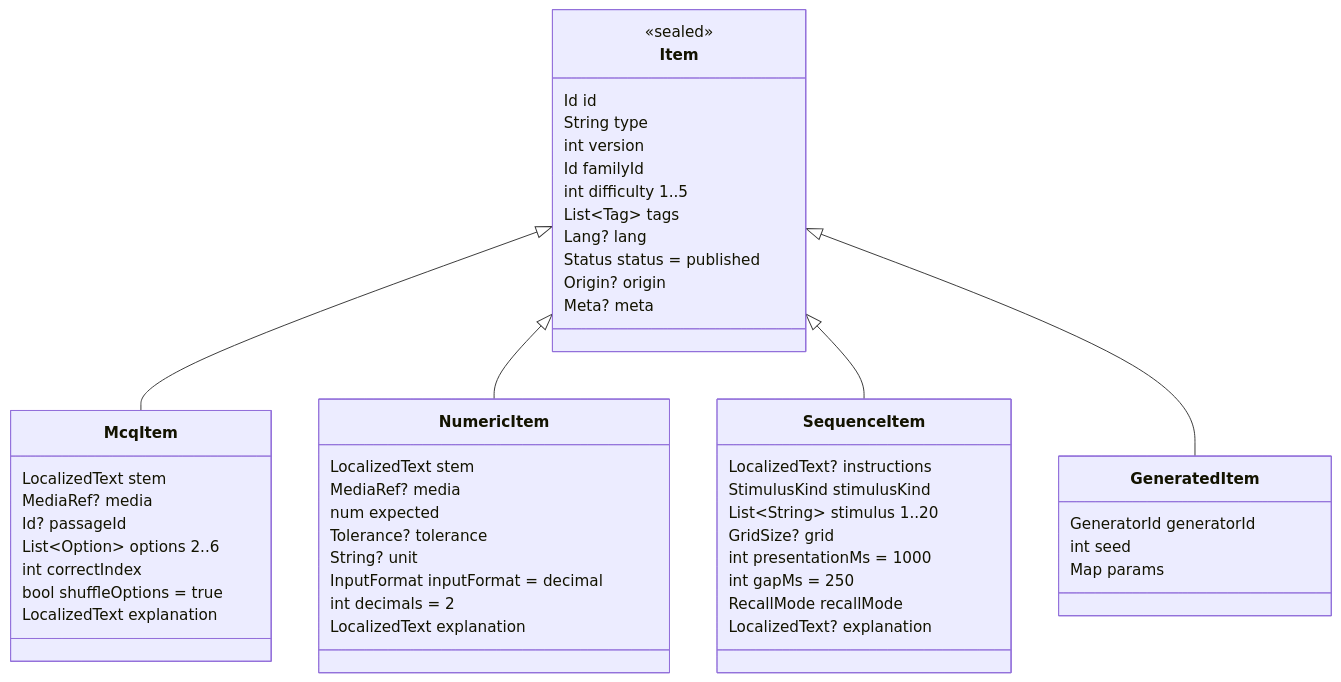
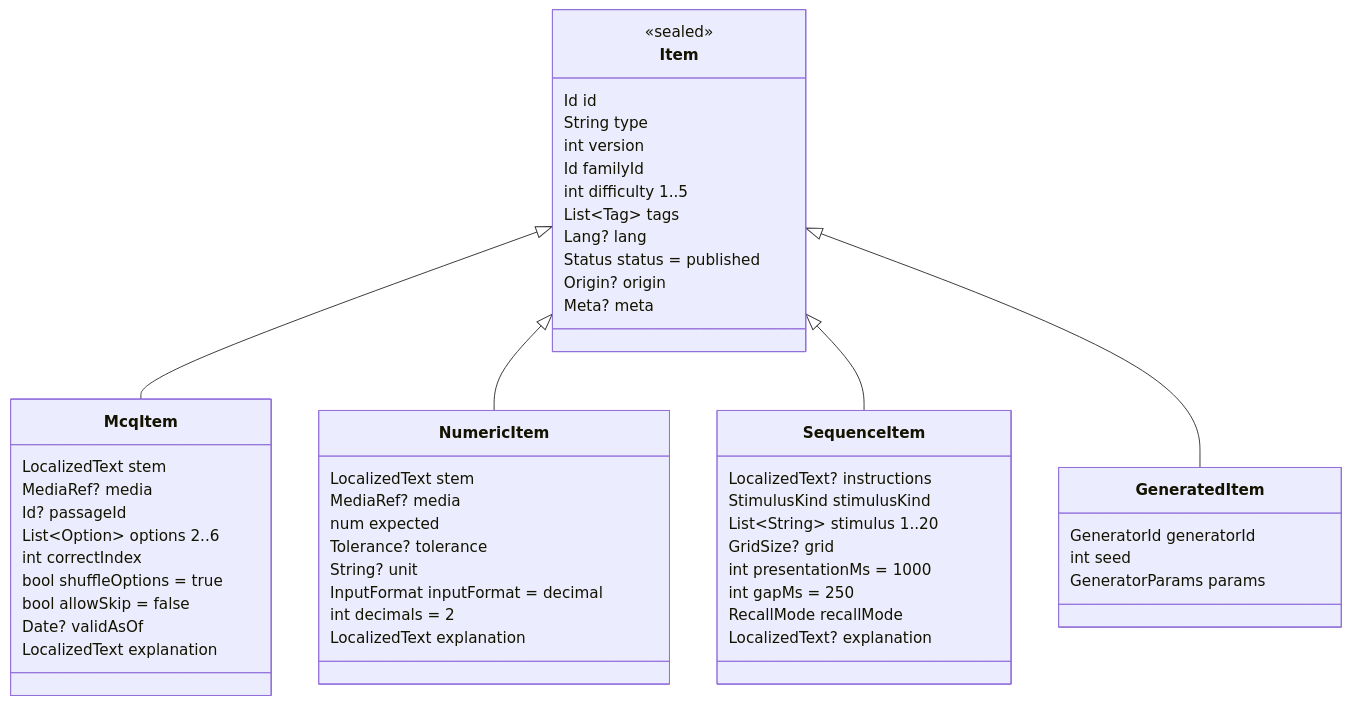
The second of 2 diagrams in docs/content/CONTRACT.md (hbock-42/trainer_psy_air), drawn with Mermaid before and after one commit. The commit also changed other lines of this file and 63 other files, not shown here.

First line of the commit message:
US-015: Content contract v2 — schemas, examples, Dart models, PSY0 families and blueprints

````diff
--- a/docs/content/CONTRACT.md
+++ b/docs/content/CONTRACT.md
@@ -56,54 +65,56 @@
 ```mermaid
 classDiagram
   class Item {
     <<sealed>>
     Id id
     String type
     int version
     Id familyId
     int difficulty 1..5
     List~Tag~ tags
     Lang? lang
     Status status = published
     Origin? origin
     Meta? meta
   }
   class McqItem {
     LocalizedText stem
     MediaRef? media
     Id? passageId
     List~Option~ options 2..6
     int correctIndex
     bool shuffleOptions = true
+    bool allowSkip = false
+    Date? validAsOf
     LocalizedText explanation
   }
   class NumericItem {
     LocalizedText stem
     MediaRef? media
     num expected
     Tolerance? tolerance
     String? unit
     InputFormat inputFormat = decimal
     int decimals = 2
     LocalizedText explanation
   }
   class SequenceItem {
     LocalizedText? instructions
     StimulusKind stimulusKind
     List~String~ stimulus 1..20
     GridSize? grid
     int presentationMs = 1000
     int gapMs = 250
     RecallMode recallMode
     LocalizedText? explanation
   }
   class GeneratedItem {
     GeneratorId generatorId
     int seed
-    Map params
+    GeneratorParams params
   }
   Item <|-- McqItem
   Item <|-- NumericItem
   Item <|-- SequenceItem
   Item <|-- GeneratedItem
 ```
````
